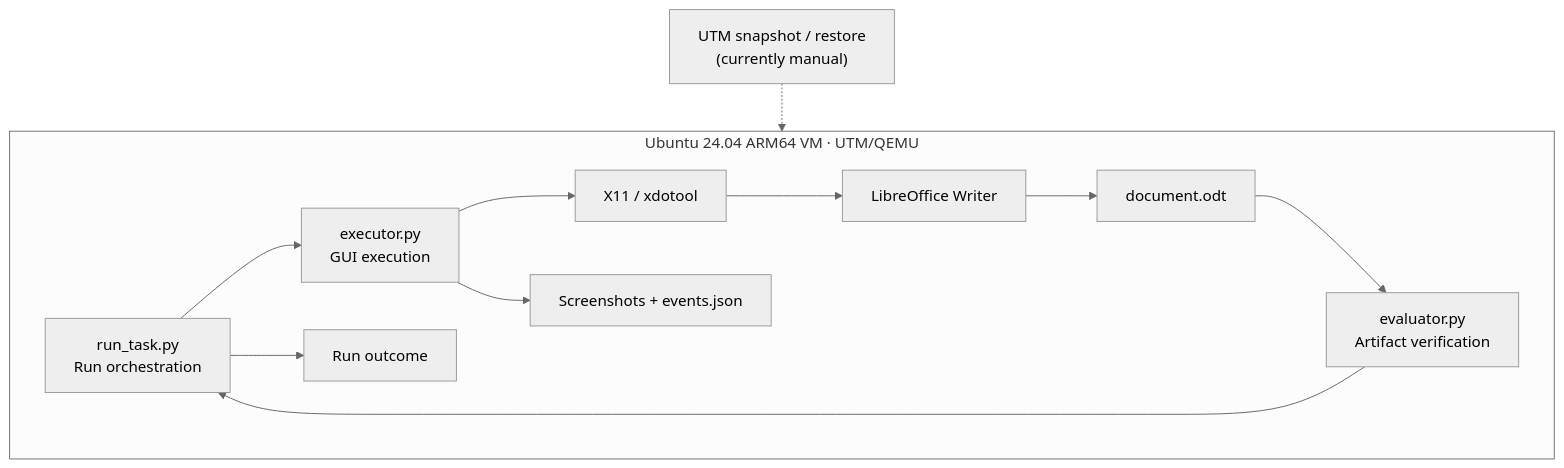
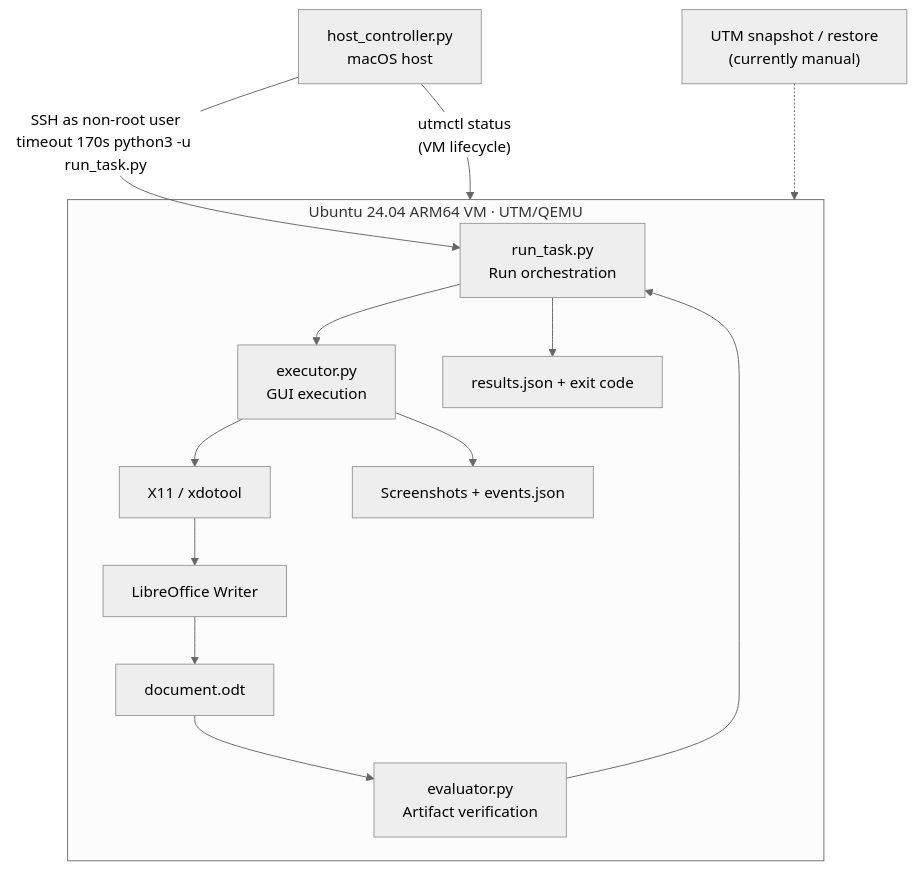
The diagram in README.md (gsarthakdev/cua-learning), drawn with Mermaid (neutral theme) before and after one commit. The commit also changed other lines of this file, not shown here.

````diff
--- a/README.md
+++ b/README.md
@@ -21,24 +23,27 @@
 ```mermaid
 flowchart TD
+    H["host_controller.py<br/>macOS host"] -->|"utmctl status<br/>(VM lifecycle)"| VM
+    H -->|"SSH as non-root user<br/>timeout 170s python3 -u run_task.py"| R
+
     R["run_task.py<br/>Run orchestration"] --> X["executor.py<br/>GUI execution"]
     X --> T["X11 / xdotool"]
     T --> W["LibreOffice Writer"]
     W --> O["document.odt"]
     X --> L["Screenshots + events.json"]
     O --> E["evaluator.py<br/>Artifact verification"]
     E --> R
-    R --> S["Run outcome"]
+    R --> S["results.json + exit code"]
 
     subgraph VM["Ubuntu 24.04 ARM64 VM · UTM/QEMU"]
         R
         X
         T
         W
         O
         L
         E
         S
     end
 
     M["UTM snapshot / restore<br/>(currently manual)"] -.-> VM
 ```
````
